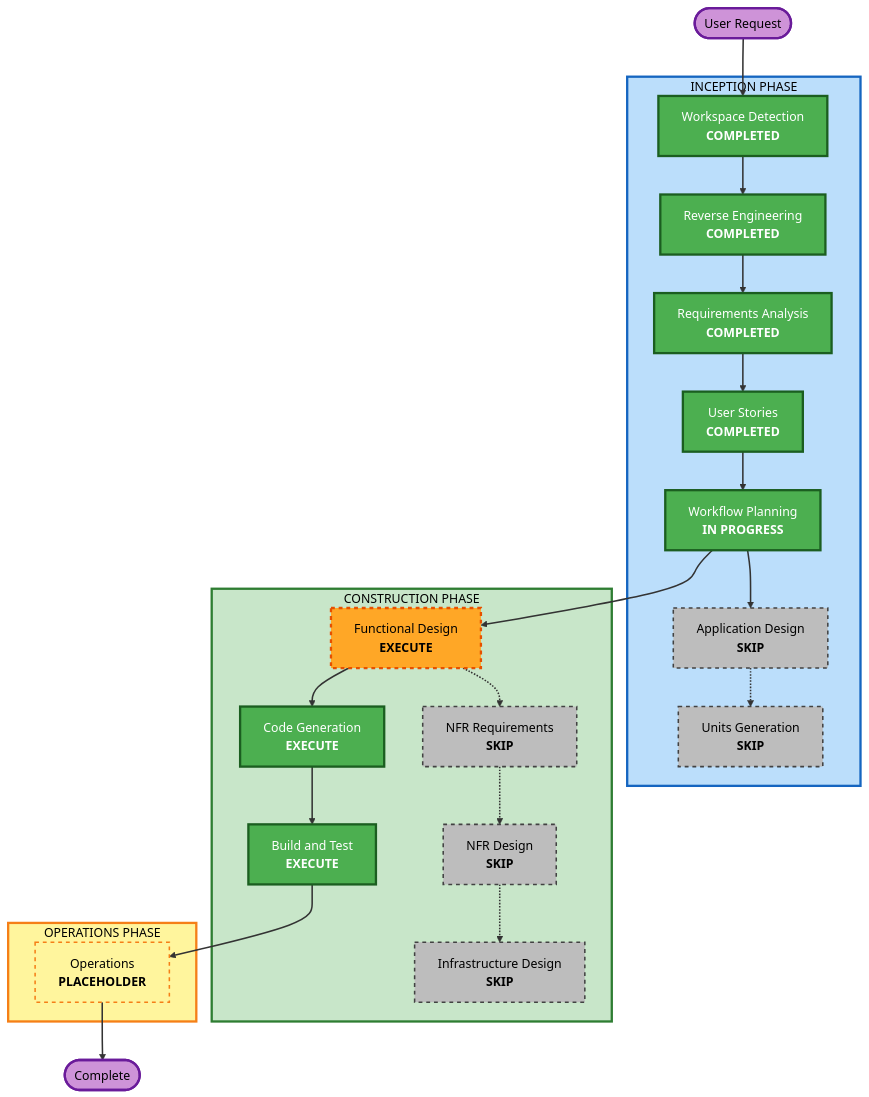
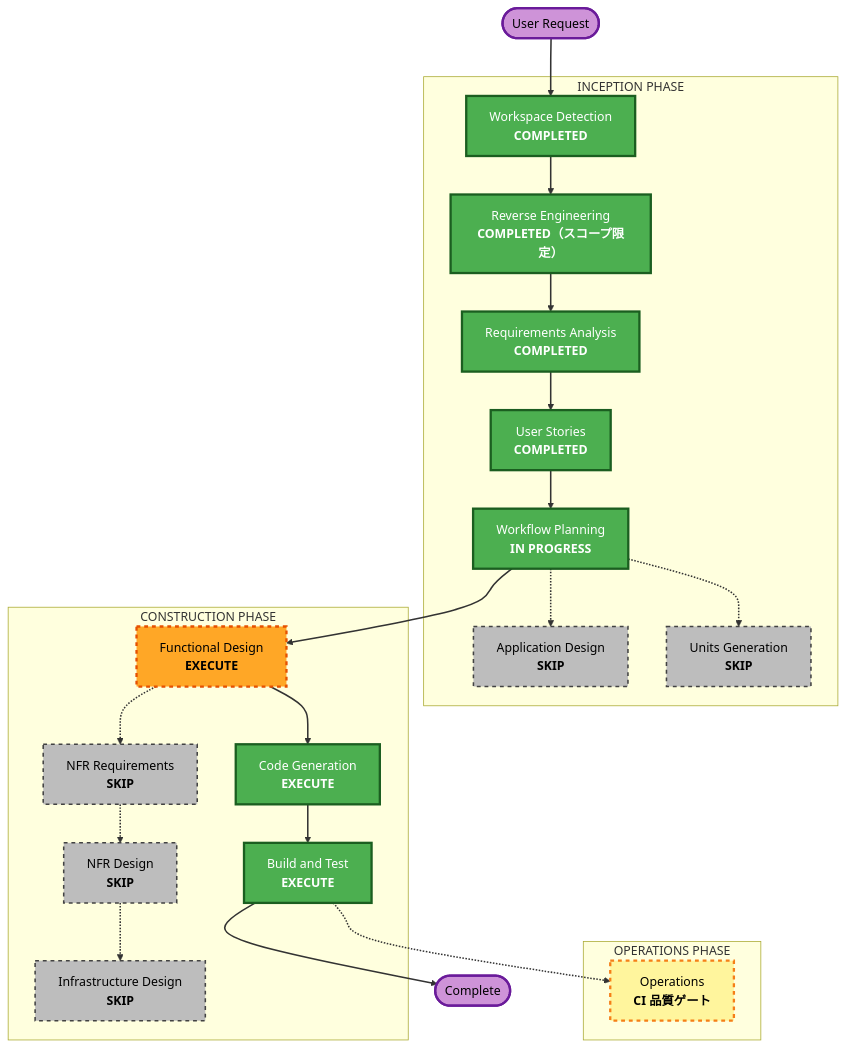
Before and after one commit to CHS-Training-Org/ai_training_for_chuo_system: the diagram in Docs/spec/aidlc-docs/inception/plans/execution-plan.md, drawn with Mermaid. The commit also changed other lines of this file and 29 other files, not shown here.

````diff
--- a/Docs/spec/aidlc-docs/inception/plans/execution-plan.md
+++ b/Docs/spec/aidlc-docs/inception/plans/execution-plan.md
@@ -45,56 +33,58 @@
 ```mermaid
 flowchart TD
     Start(["User Request"])
 
     subgraph INCEPTION["INCEPTION PHASE"]
         WD["Workspace Detection<br/><b>COMPLETED</b>"]
-        RE["Reverse Engineering<br/><b>COMPLETED</b>"]
+        RE["Reverse Engineering<br/><b>COMPLETED（スコープ限定）</b>"]
         RA["Requirements Analysis<br/><b>COMPLETED</b>"]
         US["User Stories<br/><b>COMPLETED</b>"]
         WP["Workflow Planning<br/><b>IN PROGRESS</b>"]
         AD["Application Design<br/><b>SKIP</b>"]
         UG["Units Generation<br/><b>SKIP</b>"]
     end
 
     subgraph CONSTRUCTION["CONSTRUCTION PHASE"]
         FD["Functional Design<br/><b>EXECUTE</b>"]
         NFRA["NFR Requirements<br/><b>SKIP</b>"]
         NFRD["NFR Design<br/><b>SKIP</b>"]
         ID["Infrastructure Design<br/><b>SKIP</b>"]
         CG["Code Generation<br/><b>EXECUTE</b>"]
         BT["Build and Test<br/><b>EXECUTE</b>"]
     end
 
     subgraph OPERATIONS["OPERATIONS PHASE"]
-        OPS["Operations<br/><b>PLACEHOLDER</b>"]
+        OPS["Operations<br/><b>CI 品質ゲート</b>"]
     end
 
     Start --> WD --> RE --> RA --> US --> WP
-    WP --> AD -.-> UG
+    WP -.-> AD
+    WP -.-> UG
     WP --> FD
-    FD -.-> NFRA -.-> NFRD -.-> ID
+    FD -.-> NFRA
+    NFRA -.-> NFRD
+    NFRD -.-> ID
     FD --> CG
-    CG --> BT --> OPS --> End(["Complete"])
+    CG --> BT
+    BT -.-> OPS
+    BT --> End(["Complete"])
 
     style WD fill:#4CAF50,stroke:#1B5E20,stroke-width:3px,color:#fff
     style RE fill:#4CAF50,stroke:#1B5E20,stroke-width:3px,color:#fff
     style RA fill:#4CAF50,stroke:#1B5E20,stroke-width:3px,color:#fff
     style US fill:#4CAF50,stroke:#1B5E20,stroke-width:3px,color:#fff
     style WP fill:#4CAF50,stroke:#1B5E20,stroke-width:3px,color:#fff
+    style CG fill:#4CAF50,stroke:#1B5E20,stroke-width:3px,color:#fff
+    style BT fill:#4CAF50,stroke:#1B5E20,stroke-width:3px,color:#fff
+    style FD fill:#FFA726,stroke:#E65100,stroke-width:3px,stroke-dasharray: 5 5,color:#000
     style AD fill:#BDBDBD,stroke:#424242,stroke-width:2px,stroke-dasharray: 5 5,color:#000
     style UG fill:#BDBDBD,stroke:#424242,stroke-width:2px,stroke-dasharray: 5 5,color:#000
-    style FD fill:#FFA726,stroke:#E65100,stroke-width:3px,stroke-dasharray: 5 5,color:#000
     style NFRA fill:#BDBDBD,stroke:#424242,stroke-width:2px,stroke-dasharray: 5 5,color:#000
     style NFRD fill:#BDBDBD,stroke:#424242,stroke-width:2px,stroke-dasharray: 5 5,color:#000
     style ID fill:#BDBDBD,stroke:#424242,stroke-width:2px,stroke-dasharray: 5 5,color:#000
-    style CG fill:#4CAF50,stroke:#1B5E20,stroke-width:3px,color:#fff
-    style BT fill:#4CAF50,stroke:#1B5E20,stroke-width:3px,color:#fff
-    style OPS fill:#FFF59D,stroke:#F57F17,stroke-width:2px,stroke-dasharray: 5 5,color:#000
+    style OPS fill:#FFF59D,stroke:#F57F17,stroke-width:3px,stroke-dasharray: 5 5,color:#000
     style Start fill:#CE93D8,stroke:#6A1B9A,stroke-width:3px,color:#000
     style End fill:#CE93D8,stroke:#6A1B9A,stroke-width:3px,color:#000
-    style INCEPTION fill:#BBDEFB,stroke:#1565C0,stroke-width:3px,color:#000
-    style CONSTRUCTION fill:#C8E6C9,stroke:#2E7D32,stroke-width:3px,color:#000
-    style OPERATIONS fill:#FFF59D,stroke:#F57F17,stroke-width:3px,color:#000
 
     linkStyle default stroke:#333,stroke-width:2px
 ```
````
